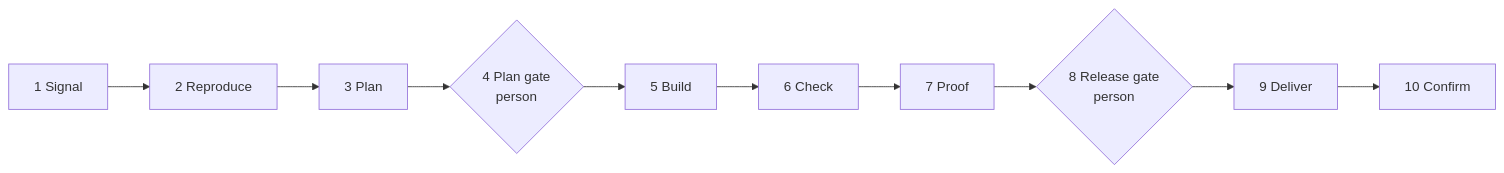
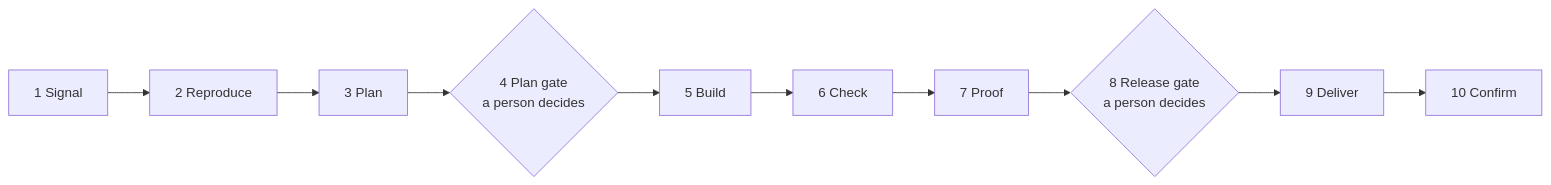
One commit to michaelatamuk/openjiuwen-works changed the first of 11 diagrams in docs/guides/how-a-fix-flows.md. Above: the diagram before and after it, drawn with Mermaid. The commit also changed other lines of this file and 47 other files, not shown here.

````diff
--- a/docs/guides/how-a-fix-flows.md
+++ b/docs/guides/how-a-fix-flows.md
@@ -7,12 +9,12 @@
 ```mermaid
 flowchart LR
     S1[1 Signal] --> S2[2 Reproduce]
     S2 --> S3[3 Plan]
-    S3 --> G1{4 Plan gate<br/>person}
+    S3 --> G1{4 Plan gate<br/>a person decides}
     G1 --> S5[5 Build]
     S5 --> S6[6 Check]
     S6 --> S7[7 Proof]
-    S7 --> G2{8 Release gate<br/>person}
+    S7 --> G2{8 Release gate<br/>a person decides}
     G2 --> S9[9 Deliver]
     S9 --> S10[10 Confirm]
 ```
````
